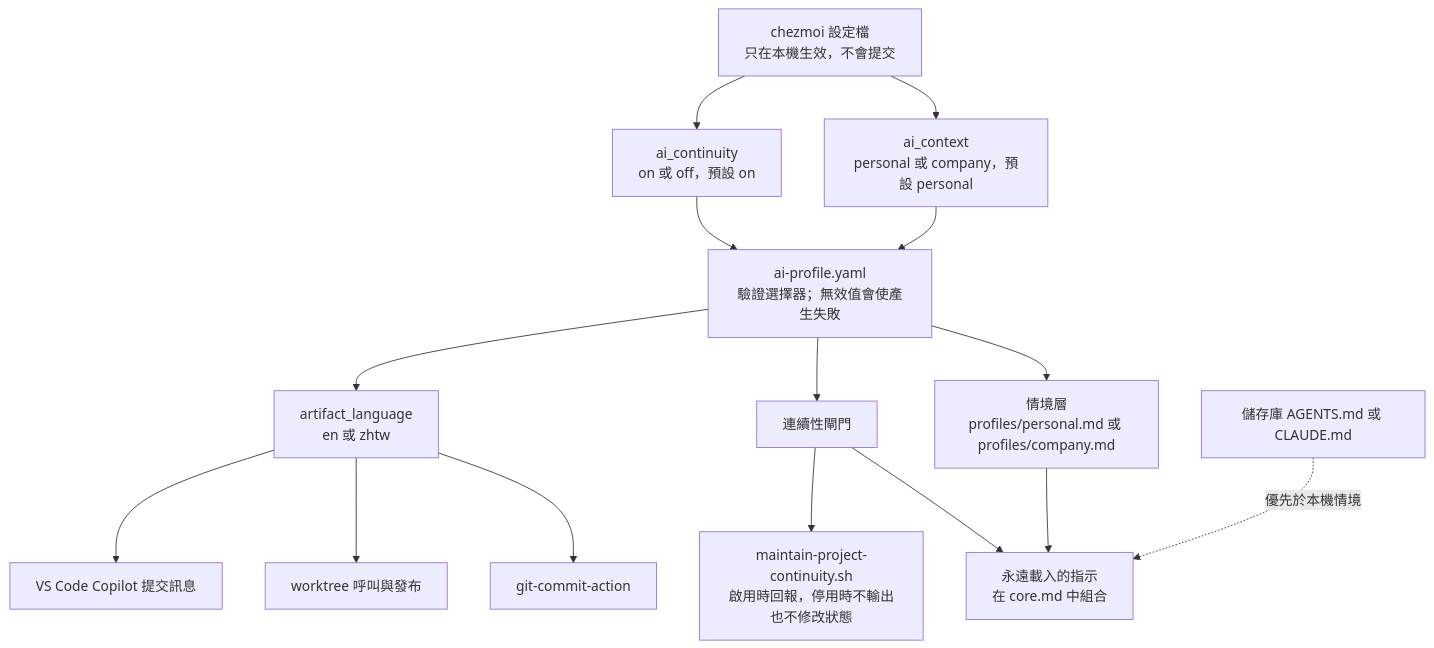
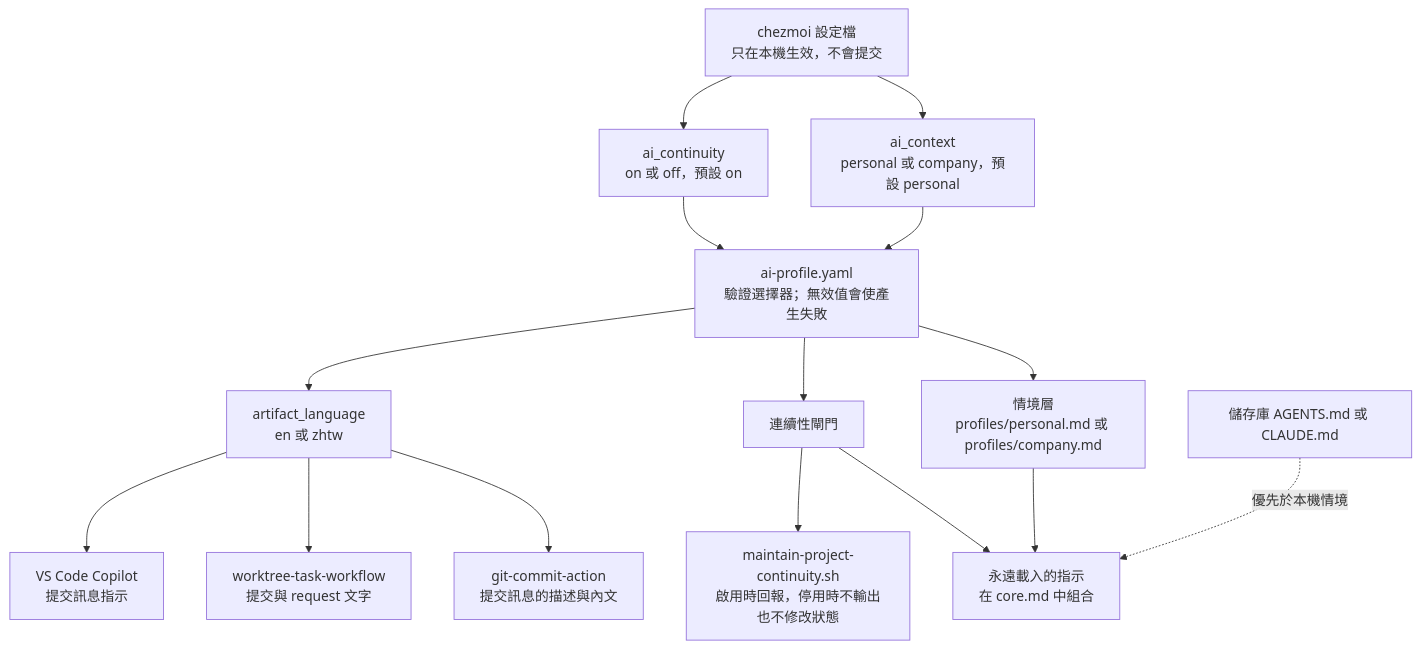
One commit to sherrilla71940/dotfiles changed the second of 2 diagrams in README.zh-TW.md. Above: the diagram before and after it, drawn with Mermaid. The commit also changed other lines of this file and 1 other file, not shown here.

```diff
--- a/README.zh-TW.md
+++ b/README.zh-TW.md
@@ -229,23 +220,23 @@
 ~~~mermaid
 flowchart TD
     config["chezmoi 設定檔<br/>只在本機生效，不會提交"]
     config --> context["ai_context<br/>personal 或 company，預設 personal"]
     config --> continuitySelector["ai_continuity<br/>on 或 off，預設 on"]
 
     context --> resolver["ai-profile.yaml<br/>驗證選擇器；無效值會使產生失敗"]
     continuitySelector --> resolver
 
     resolver --> layer["情境層<br/>profiles/personal.md 或 profiles/company.md"]
     resolver --> gate["連續性閘門"]
     resolver --> language["artifact_language<br/>en 或 zhtw"]
 
     layer --> instructions["永遠載入的指示<br/>在 core.md 中組合"]
     gate --> instructions
     gate --> helper["maintain-project-continuity.sh<br/>啟用時回報，停用時不輸出也不修改狀態"]
 
-    language --> commitSkill["git-commit-action"]
-    language --> worktreeText["worktree 呼叫與發布"]
-    language --> vscodeCommit["VS Code Copilot 提交訊息"]
+    language --> commitSkill["git-commit-action<br/>提交訊息的描述與內文"]
+    language --> worktreeText["worktree-task-workflow<br/>提交與 request 文字"]
+    language --> vscodeCommit["VS Code Copilot<br/>提交訊息指示"]
 
     repository["儲存庫 AGENTS.md 或 CLAUDE.md"] -.->|"優先於本機情境"| instructions
 ~~~
```
